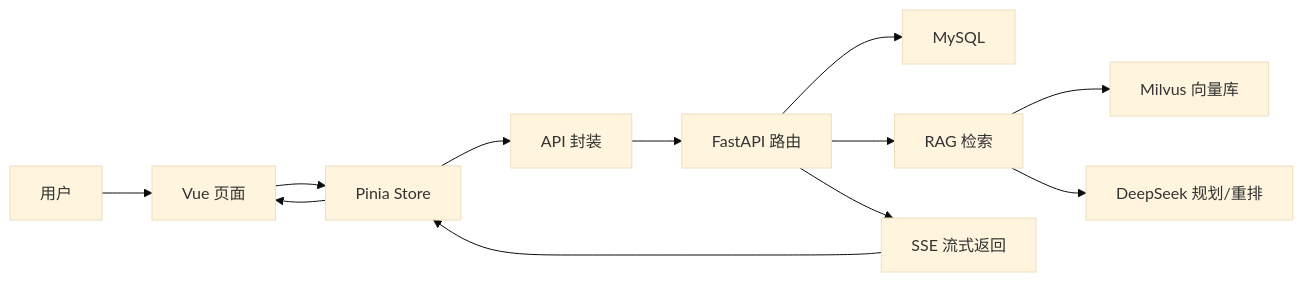
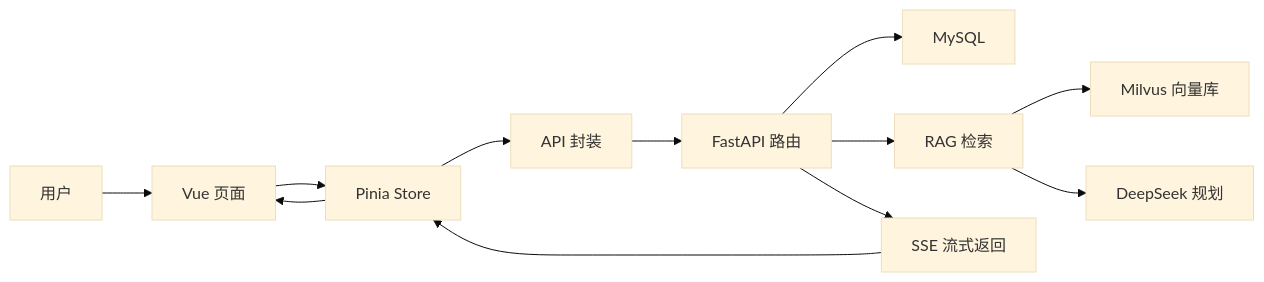
Before and after one commit to baiye-banned/Agent_about_answer: the first of 10 diagrams in docs/PROJECT_CODE_READING_ROADMAP.md, drawn with Mermaid (base theme). The commit also changed other lines of this file, not shown here.

First line of the commit message:
docs(roadmap): drop rerank from DeepSeek capabilities

````diff
--- a/docs/PROJECT_CODE_READING_ROADMAP.md
+++ b/docs/PROJECT_CODE_READING_ROADMAP.md
@@ -41,14 +41,14 @@
 ```mermaid
 flowchart LR
   User["用户"] --> Vue["Vue 页面"]
   Vue --> Store["Pinia Store"]
   Store --> API["API 封装"]
   API --> FastAPI["FastAPI 路由"]
   FastAPI --> MySQL["MySQL"]
   FastAPI --> Retrieval["RAG 检索"]
   Retrieval --> Milvus["Milvus 向量库"]
-  Retrieval --> DeepSeek["DeepSeek 规划/重排"]
+  Retrieval --> DeepSeek["DeepSeek 规划"]
   FastAPI --> SSE["SSE 流式返回"]
   SSE --> Store
   Store --> Vue
 ```
````
